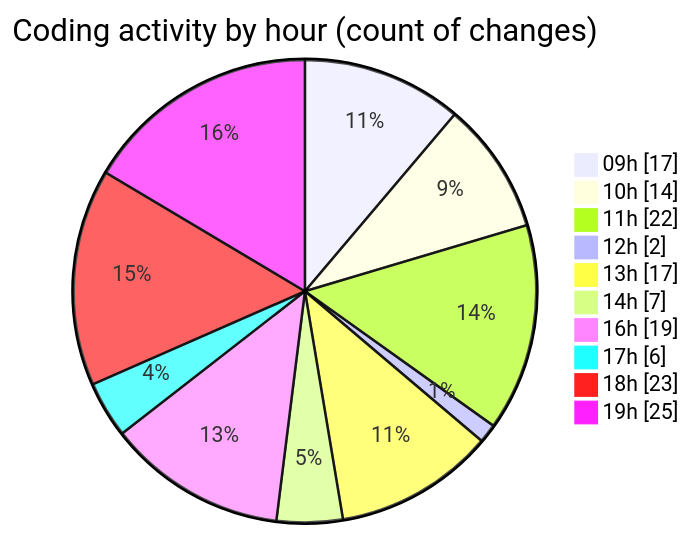
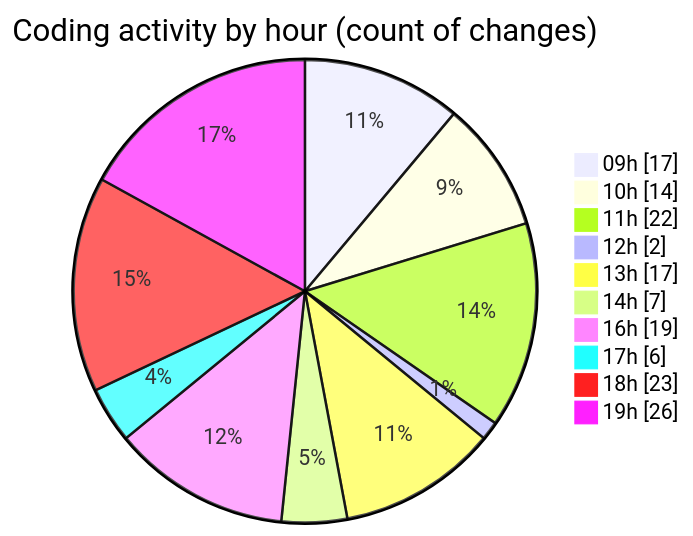
One commit to momahboobian/code-tracking changed the second of 2 diagrams in 2026-04-28/cda/README.md. Above: the diagram before and after it, drawn with Mermaid. The commit also changed other lines of this file and 1 other file, not shown here.

````diff
--- a/2026-04-28/cda/README.md
+++ b/2026-04-28/cda/README.md
@@ -76,14 +76,14 @@
 ```mermaid
 pie showData
 title Coding activity by hour (count of changes)
 "09h" : 17
 "10h" : 14
 "11h" : 22
 "12h" : 2
 "13h" : 17
 "14h" : 7
 "16h" : 19
 "17h" : 6
 "18h" : 23
-"19h" : 25
+"19h" : 26
 ```
````
